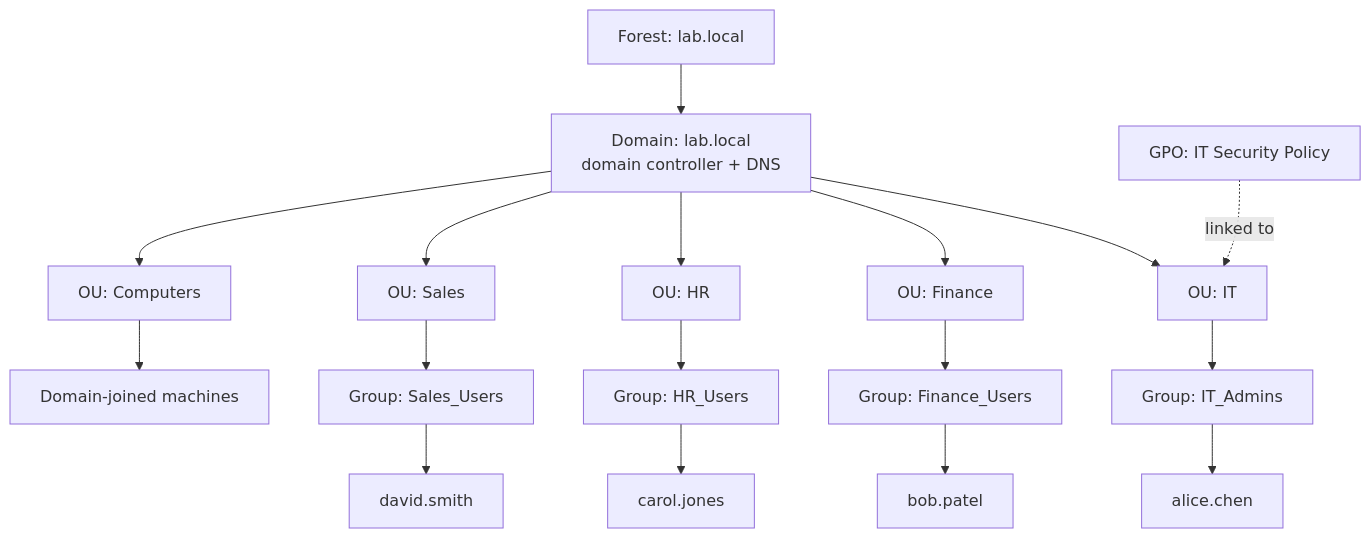
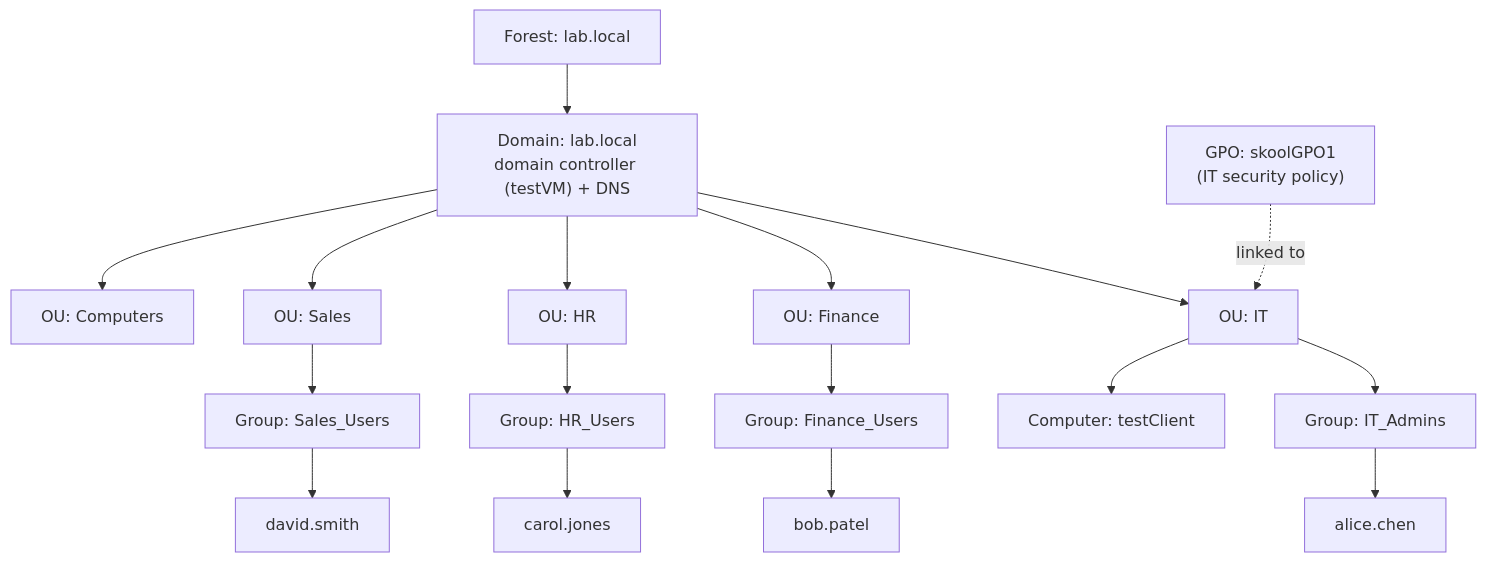
One commit to kia-reed/it-homelab changed the first of 3 diagrams in active-directory/README.md. Above: the diagram before and after it, drawn with Mermaid. The commit also changed other lines of this file, not shown here.

Commit message:
Add domain join section and update names

````diff
--- a/active-directory/README.md
+++ b/active-directory/README.md
@@ -35,20 +35,20 @@
 ```mermaid
 flowchart TB
     F["Forest: lab.local"]
-    D["Domain: lab.local<br/>domain controller + DNS"]
+    D["Domain: lab.local<br/>domain controller (testVM) + DNS"]
     F --> D
 
     D --> IT["OU: IT"]
     D --> FIN["OU: Finance"]
     D --> HR["OU: HR"]
     D --> SAL["OU: Sales"]
     D --> COMP["OU: Computers"]
 
     IT --> ITG["Group: IT_Admins"] --> u1["alice.chen"]
+    IT --> PC["Computer: testClient"]
     FIN --> FING["Group: Finance_Users"] --> u2["bob.patel"]
     HR --> HRG["Group: HR_Users"] --> u3["carol.jones"]
     SAL --> SALG["Group: Sales_Users"] --> u4["david.smith"]
-    COMP --> PCs["Domain-joined machines"]
 
-    GPO["GPO: IT Security Policy"] -. linked to .-> IT
+    GPO["GPO: skoolGPO1<br/>(IT security policy)"] -. linked to .-> IT
 ```
````
